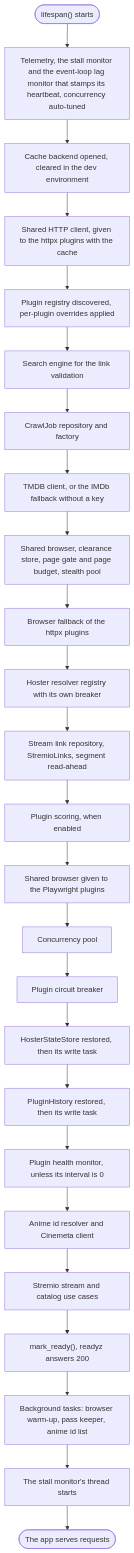
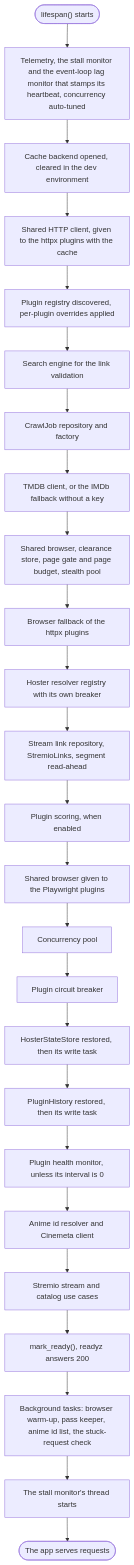
The third of 4 diagrams in docs/current/architecture.md (Strob0t/Scavengarr), drawn with Mermaid before and after one commit. The commit also changed other lines of this file and 23 other files, not shown here.

````diff
--- a/docs/current/architecture.md
+++ b/docs/current/architecture.md
@@ -354,27 +355,27 @@
 ```mermaid
 flowchart TD
     begin(["lifespan() starts"]) --> tel["Telemetry, the stall monitor and the event-loop lag monitor that stamps its heartbeat, concurrency auto-tuned"]
     tel --> cache["Cache backend opened, cleared in the dev environment"]
     cache --> http["Shared HTTP client, given to the httpx plugins with the cache"]
     http --> plugins["Plugin registry discovered, per-plugin overrides applied"]
     plugins --> engine["Search engine for the link validation"]
     engine --> crawl["CrawlJob repository and factory"]
     crawl --> tmdb["TMDB client, or the IMDb fallback without a key"]
     tmdb --> browser["Shared browser, clearance store, page gate and page budget, stealth pool"]
     browser --> fetcher["Browser fallback of the httpx plugins"]
     fetcher --> registry["Hoster resolver registry with its own breaker"]
     registry --> links["Stream link repository, StremioLinks, segment read-ahead"]
     links --> scoring["Plugin scoring, when enabled"]
     scoring --> pw["Shared browser given to the Playwright plugins"]
     pw --> pool["Concurrency pool"]
     pool --> breaker["Plugin circuit breaker"]
     breaker --> state["HosterStateStore restored, then its write task"]
     state --> history["PluginHistory restored, then its write task"]
     history --> health["Plugin health monitor, unless its interval is 0"]
     health --> anime["Anime id resolver and Cinemeta client"]
     anime --> ucs["Stremio stream and catalog use cases"]
     ucs --> ready["mark_ready(), readyz answers 200"]
-    ready --> bg["Background tasks: browser warm-up, pass keeper, anime id list"]
+    ready --> bg["Background tasks: browser warm-up, pass keeper, anime id list, the stuck-request check"]
     bg --> watch["The stall monitor's thread starts"]
     watch --> serve(["The app serves requests"])
 ```
````
